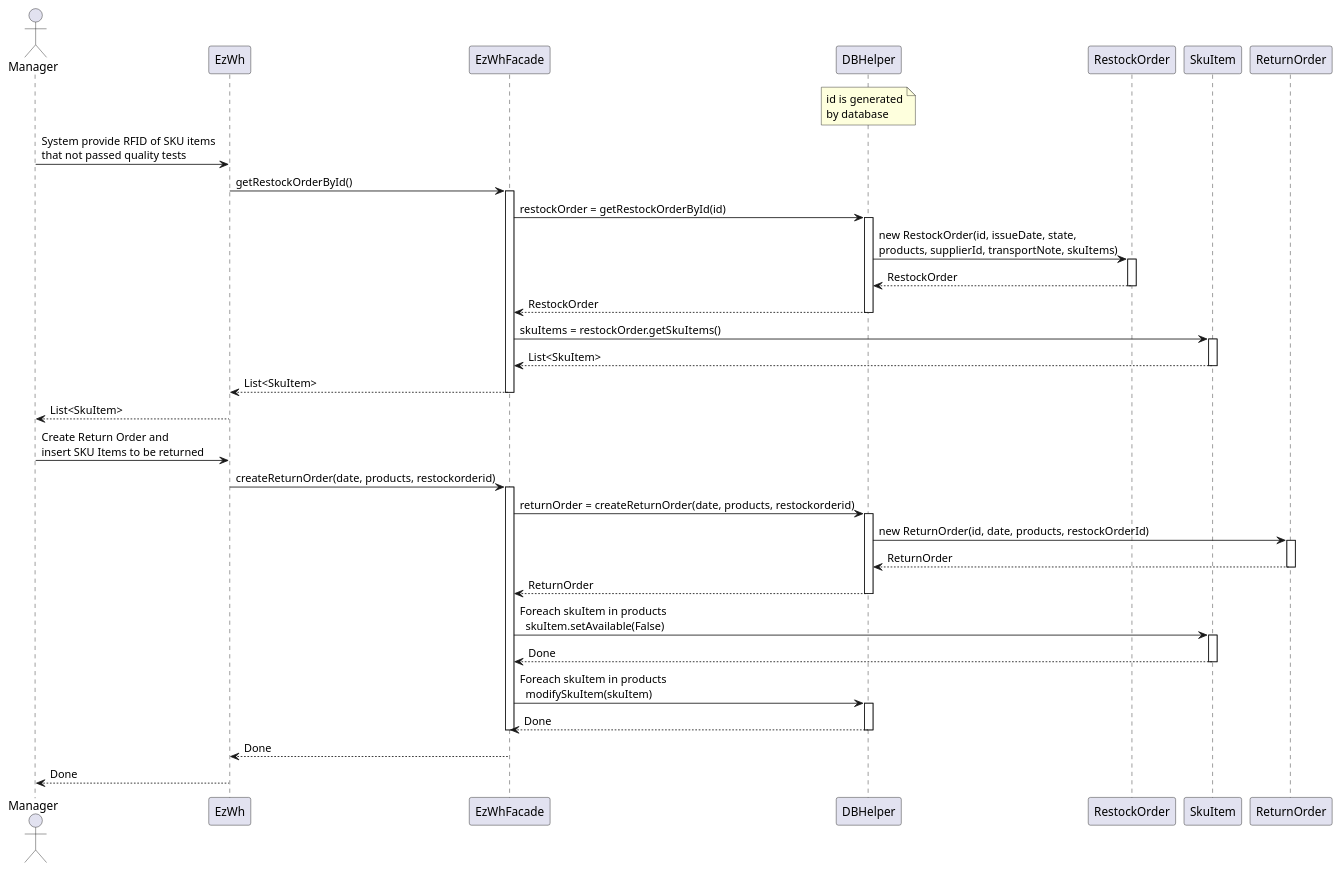
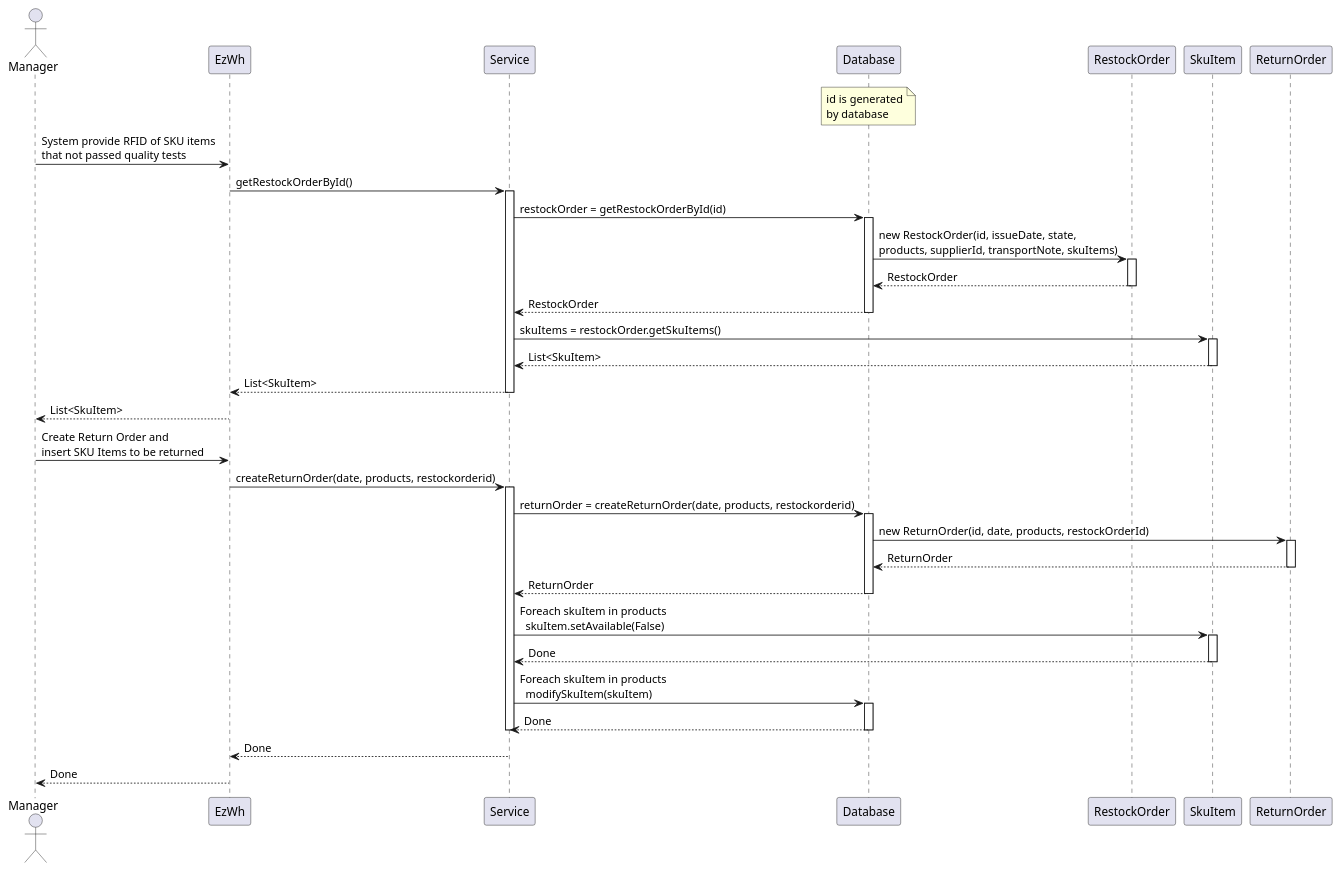
One commit to giuseppe-dandrea/EzWh changed the eighth of 12 diagrams in DesignDocument.md. Above: the diagram before and after it, drawn with PlantUML. The commit also changed other lines of this file and 3 other files, not shown here.

````diff
--- a/DesignDocument.md
+++ b/DesignDocument.md
@@ -717,53 +710,53 @@
 ```plantuml
 actor Manager
 participant EzWh
-participant EzWhFacade
-participant DBHelper
-note over DBHelper: id is generated\nby database
+participant Service
+participant Database
+note over Database: id is generated\nby database
 participant RestockOrder
 participant SkuItem
 participant ReturnOrder
 
 
 Manager -> EzWh: System provide RFID of SKU items\nthat not passed quality tests
-EzWh -> EzWhFacade: getRestockOrderById()
-activate EzWhFacade
-EzWhFacade -> DBHelper: restockOrder = getRestockOrderById(id)
-activate DBHelper
-DBHelper -> RestockOrder: new RestockOrder(id, issueDate, state,\nproducts, supplierId, transportNote, skuItems)
+EzWh -> Service: getRestockOrderById()
+activate Service
+Service -> Database: restockOrder = getRestockOrderById(id)
+activate Database
+Database -> RestockOrder: new RestockOrder(id, issueDate, state,\nproducts, supplierId, transportNote, skuItems)
 activate RestockOrder
-RestockOrder --> DBHelper: RestockOrder
+RestockOrder --> Database: RestockOrder
 Deactivate RestockOrder
-DBHelper --> EzWhFacade: RestockOrder
-deactivate DBHelper
-EzWhFacade -> SkuItem: skuItems = restockOrder.getSkuItems()
+Database --> Service: RestockOrder
+deactivate Database
+Service -> SkuItem: skuItems = restockOrder.getSkuItems()
 activate SkuItem
-SkuItem --> EzWhFacade: List<SkuItem>
+SkuItem --> Service: List<SkuItem>
 deactivate SkuItem
-EzWhFacade --> EzWh: List<SkuItem>
-deactivate EzWhFacade
+Service --> EzWh: List<SkuItem>
+deactivate Service
 EzWh --> Manager: List<SkuItem>
 
 Manager -> EzWh: Create Return Order and\ninsert SKU Items to be returned
-EzWh -> EzWhFacade: createReturnOrder(date, products, restockorderid)
-activate EzWhFacade
-EzWhFacade -> DBHelper: returnOrder = createReturnOrder(date, products, restockorderid)
-activate DBHelper
-DBHelper -> ReturnOrder: new ReturnOrder(id, date, products, restockOrderId)
+EzWh -> Service: createReturnOrder(date, products, restockorderid)
+activate Service
+Service -> Database: returnOrder = createReturnOrder(date, products, restockorderid)
+activate Database
+Database -> ReturnOrder: new ReturnOrder(id, date, products, restockOrderId)
 activate ReturnOrder
-ReturnOrder --> DBHelper: ReturnOrder
+ReturnOrder --> Database: ReturnOrder
 Deactivate ReturnOrder
-DBHelper --> EzWhFacade: ReturnOrder
-deactivate DBHelper
-EzWhFacade -> SkuItem: Foreach skuItem in products\n  skuItem.setAvailable(False)
+Database --> Service: ReturnOrder
+deactivate Database
+Service -> SkuItem: Foreach skuItem in products\n  skuItem.setAvailable(False)
 activate SkuItem
-SkuItem --> EzWhFacade: Done
+SkuItem --> Service: Done
 Deactivate SkuItem
-EzWhFacade -> DBHelper: Foreach skuItem in products\n  modifySkuItem(skuItem)
-activate DBHelper
-DBHelper --> EzWhFacade: Done
-Deactivate DBHelper
-deactivate EzWhFacade
-EzWhFacade --> EzWh: Done
+Service -> Database: Foreach skuItem in products\n  modifySkuItem(skuItem)
+activate Database
+Database --> Service: Done
+Deactivate Database
+deactivate Service
+Service --> EzWh: Done
 EzWh --> Manager: Done
 ```
````
